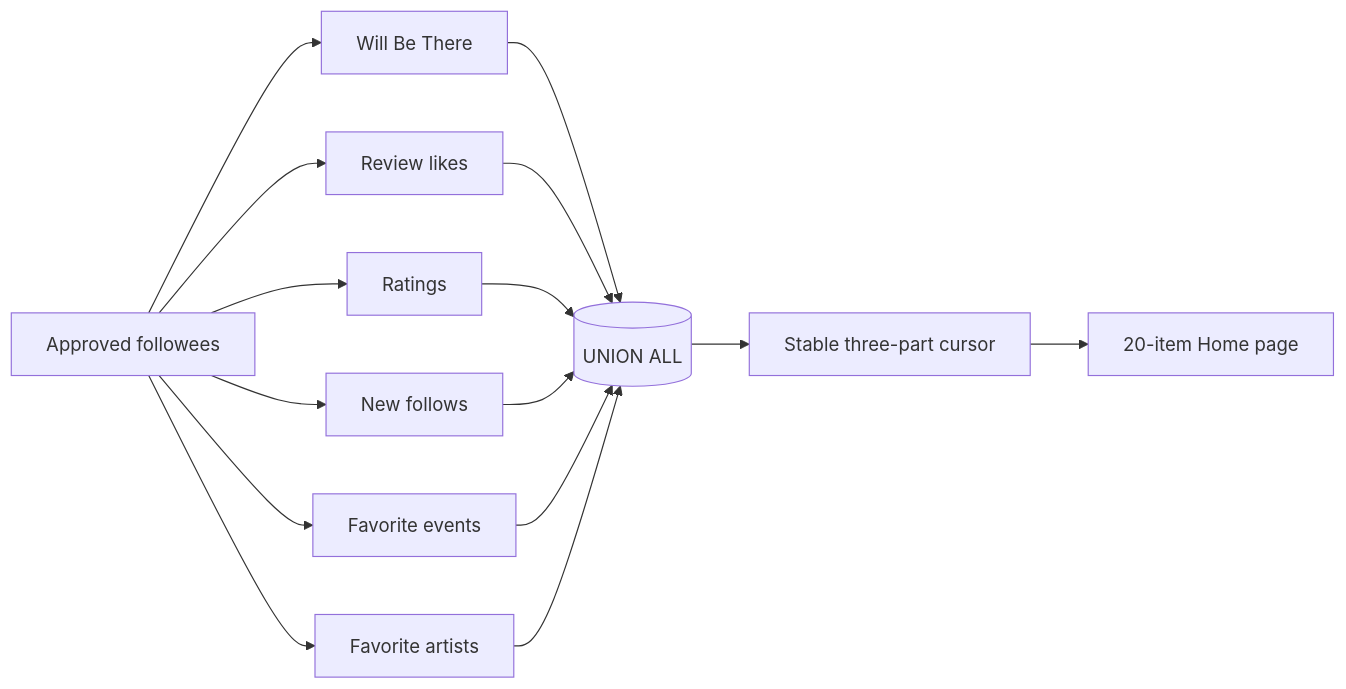
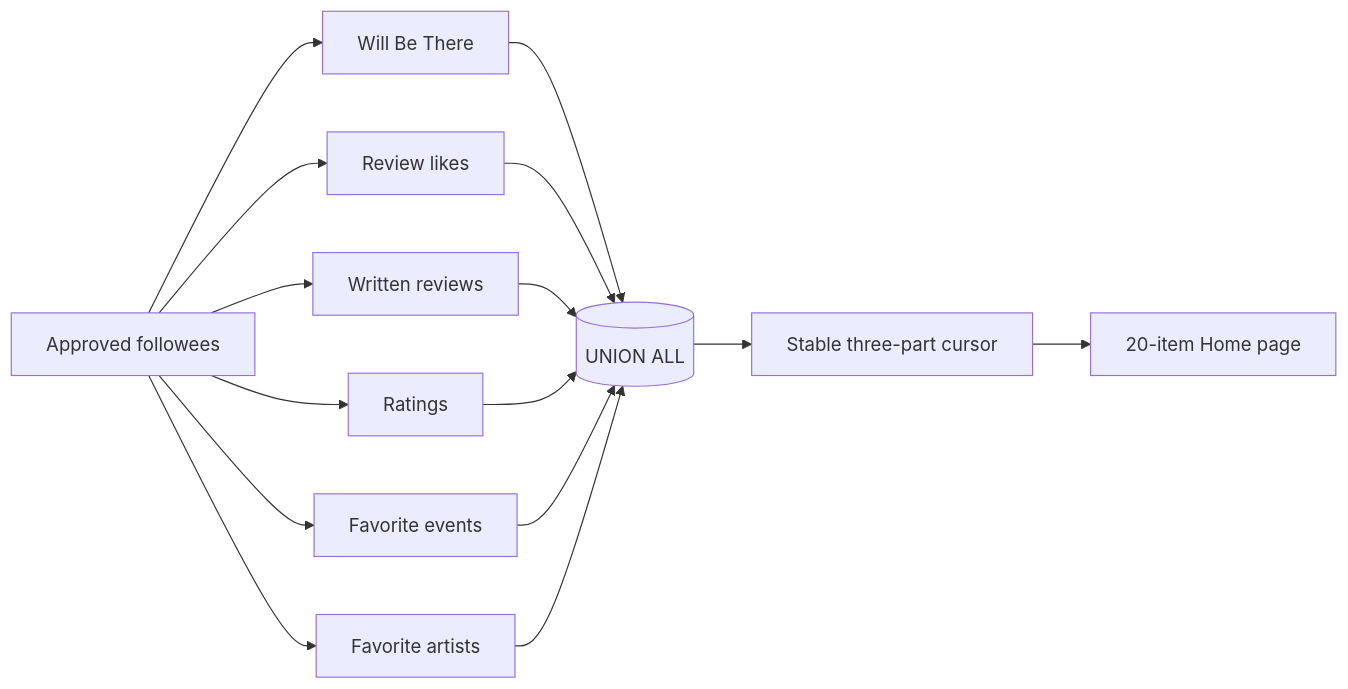
One commit to tanbaydar/onda changed the fourth of 5 diagrams in README.md. Above: the diagram before and after it, drawn with Mermaid. The commit also changed 12 other files, not shown here.

First line of the commit message:
feat: trigger Home activity for written reviews

````diff
--- a/README.md
+++ b/README.md
@@ -132,19 +132,19 @@
 ```mermaid
 flowchart LR
     Followees[Approved followees] --> Plans[Will Be There]
     Followees --> Likes[Review likes]
+    Followees --> Reviews[Written reviews]
     Followees --> Ratings[Ratings]
-    Followees --> Follows[New follows]
     Followees --> Events[Favorite events]
     Followees --> Artists[Favorite artists]
 
     Plans --> Union[(UNION ALL)]
     Likes --> Union
+    Reviews --> Union
     Ratings --> Union
-    Follows --> Union
     Events --> Union
     Artists --> Union
 
     Union --> Cursor[Stable three-part cursor]
     Cursor --> Page[20-item Home page]
 ```
````
